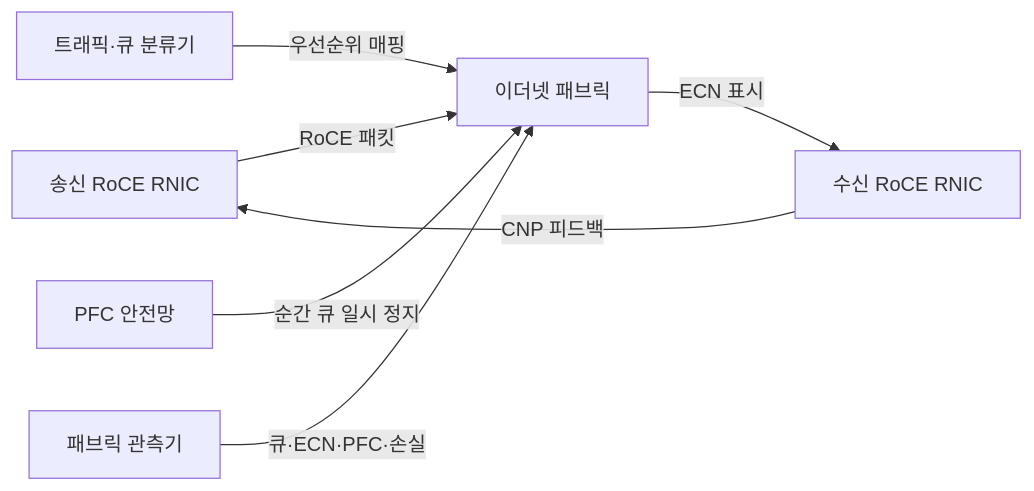
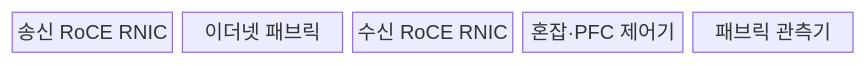
One commit to agnusdei1207/knowledge-base changed the first of 2 diagrams in src/content/docs/notes/04-network/103_roce.md. Above: the diagram before and after it, drawn with Mermaid. The commit also changed other lines of this file and 21 other files, not shown here.

````diff
--- a/src/content/docs/notes/04-network/103_roce.md
+++ b/src/content/docs/notes/04-network/103_roce.md
@@ -59,9 +60,9 @@
 ```mermaid
-flowchart LR
-    A["송신 RoCE RNIC"] -->|RoCE 패킷| B["이더넷 패브릭"]
-    B -->|ECN 표시| C["수신 RoCE RNIC"]
-    C -->|CNP 피드백| A
-    D["트래픽·큐 분류기"] -->|우선순위 매핑| B
-    E["PFC 안전망"] -->|순간 큐 일시 정지| B
-    F["패브릭 관측기"] -->|큐·ECN·PFC·손실| B
+block-beta
+    columns 5
+    A["송신 RoCE RNIC"]
+    B["이더넷 패브릭"]
+    C["수신 RoCE RNIC"]
+    D["혼잡·PFC 제어기"]
+    E["패브릭 관측기"]
 ```
````
